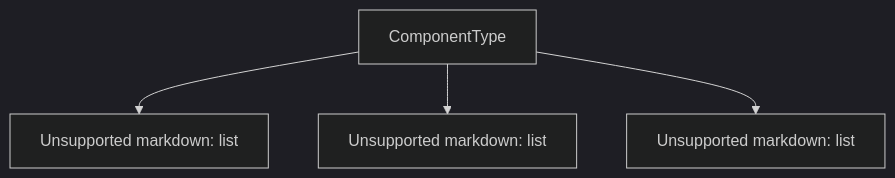
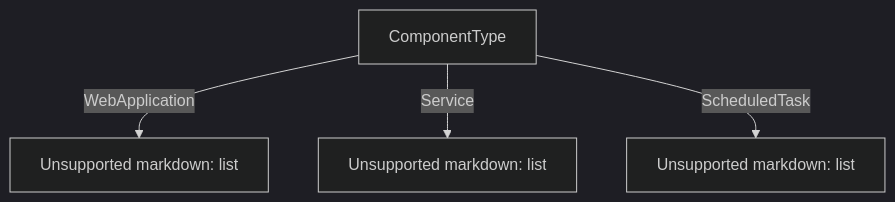
Before and after one commit to openchoreo/openchoreo: the fourth of 8 diagrams in docs/deepwiki/Deployment-Controller.md, drawn with Mermaid (dark theme). The commit also changed other lines of this file and 85 other files, not shown here.

Commit message:
feat: Add new workflow and specification templates, update Helm chart dependencies, and clarify documentation diagrams.

````diff
--- a/docs/deepwiki/Deployment-Controller.md
+++ b/docs/deepwiki/Deployment-Controller.md
@@ -227,12 +227,12 @@
 ```mermaid
 flowchart TD
 
 ComponentType["ComponentType"]
 WebAppResources["Unsupported markdown: list"]
 ServiceResources["Unsupported markdown: list"]
 TaskResources["Unsupported markdown: list"]
 
-ComponentType --> WebAppResources
-ComponentType --> ServiceResources
-ComponentType --> TaskResources
+ComponentType -->|"WebApplication"| WebAppResources
+ComponentType -->|"Service"| ServiceResources
+ComponentType -->|"ScheduledTask"| TaskResources
 ```
````
